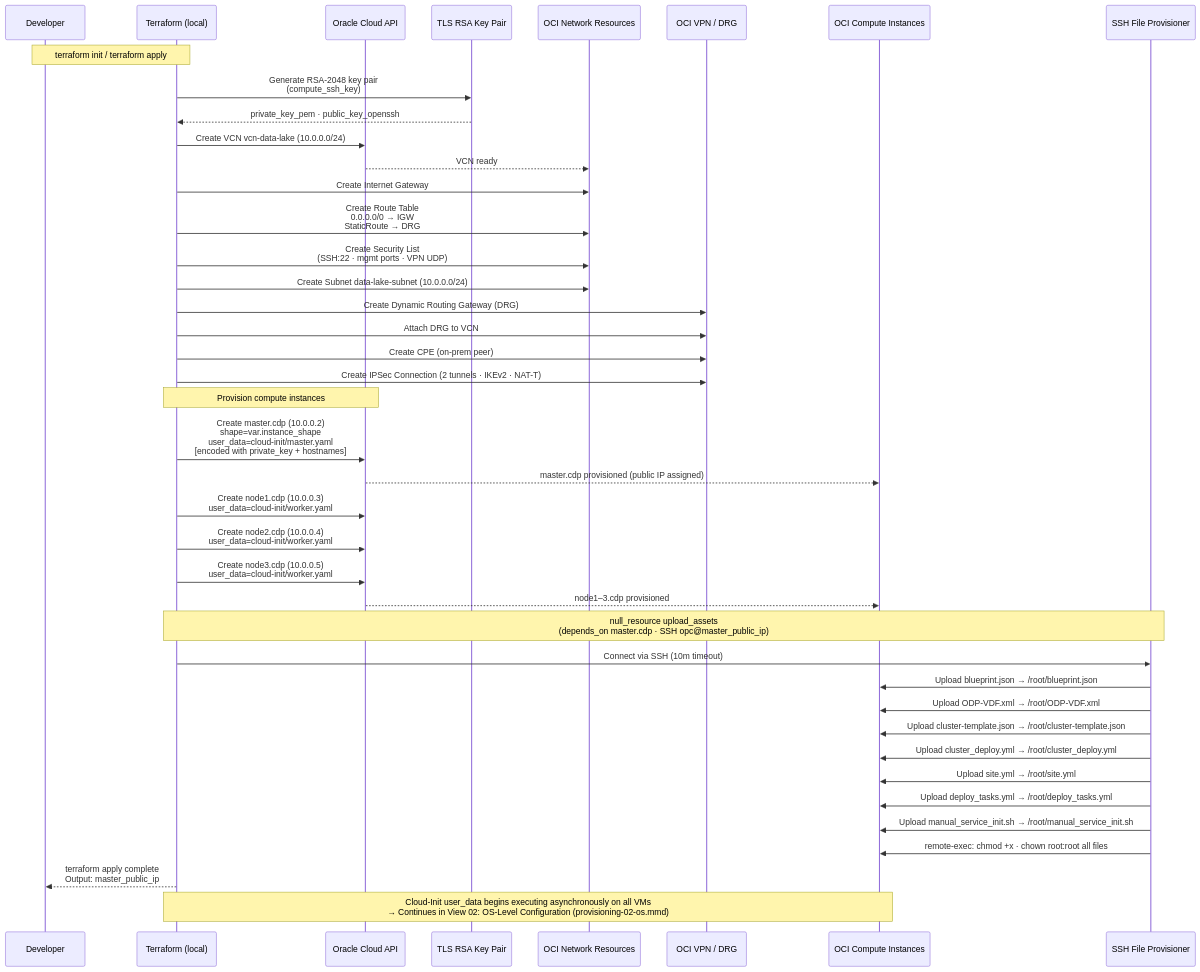
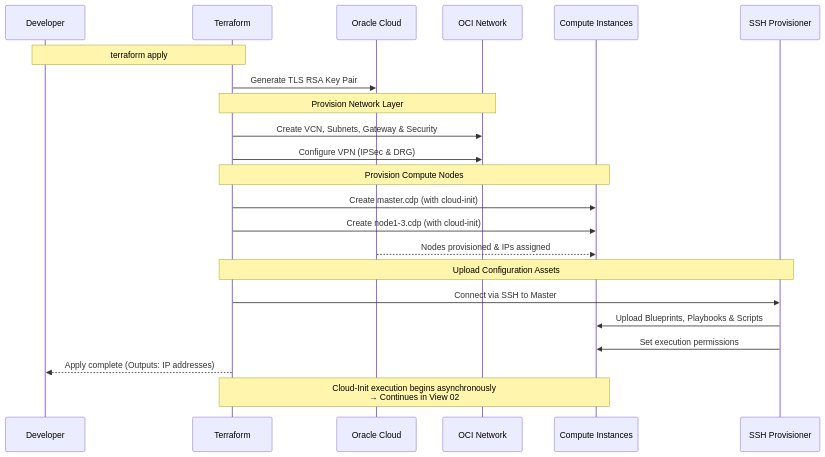
One commit to joaopfduarte/Article-CDP changed the diagram in content/assets/mermaid/provisioning-01-terraform.mmd. Above: the diagram before and after it, drawn with Mermaid. The commit also changed 8 other files, not shown here.

```diff
--- a/content/assets/mermaid/provisioning-01-terraform.mmd
+++ b/content/assets/mermaid/provisioning-01-terraform.mmd
@@ -1,56 +1,32 @@
 sequenceDiagram
     %% View 01 — Terraform Execution
     %% Continues in: View 02 — OS-Level Configuration (provisioning-02-os.mmd)
 
-    participant Dev  as Developer
-    participant TF   as Terraform (local)
-    participant OCI  as Oracle Cloud API
-    participant RSA  as TLS RSA Key Pair
-    participant Net  as OCI Network Resources
-    participant VPN  as OCI VPN / DRG
-    participant VMs  as OCI Compute Instances
-    participant SSH  as SSH File Provisioner
+    participant Dev as Developer
+    participant TF as Terraform
+    participant OCI as Oracle Cloud
+    participant Net as OCI Network
+    participant VMs as Compute Instances
+    participant SSH as SSH Provisioner
 
-    Note over Dev,TF: terraform init / terraform apply
+    Note over Dev,TF: terraform apply
 
-    TF->>RSA: Generate RSA-2048 key pair<br/>(compute_ssh_key)
-    RSA-->>TF: private_key_pem · public_key_openssh
+    TF->>OCI: Generate TLS RSA Key Pair
+    
+    Note over TF,Net: Provision Network Layer
+    TF->>Net: Create VCN, Subnets, Gateway & Security
+    TF->>Net: Configure VPN (IPSec & DRG)
+    
+    Note over TF,VMs: Provision Compute Nodes
+    TF->>VMs: Create master.cdp (with cloud-init)
+    TF->>VMs: Create node1-3.cdp (with cloud-init)
+    OCI-->>VMs: Nodes provisioned & IPs assigned
 
-    TF->>OCI: Create VCN vcn-data-lake (10.0.0.0/24)
-    OCI-->>Net: VCN ready
+    Note over TF,SSH: Upload Configuration Assets
+    TF->>SSH: Connect via SSH to Master
+    SSH->>VMs: Upload Blueprints, Playbooks & Scripts
+    SSH->>VMs: Set execution permissions
 
-    TF->>Net: Create Internet Gateway
-    TF->>Net: Create Route Table<br/>0.0.0.0/0 → IGW<br/>StaticRoute → DRG
-    TF->>Net: Create Security List<br/>(SSH:22 · mgmt ports · VPN UDP)
-    TF->>Net: Create Subnet data-lake-subnet (10.0.0.0/24)
+    TF-->>Dev: Apply complete (Outputs: IP addresses)
 
-    TF->>VPN: Create Dynamic Routing Gateway (DRG)
-    TF->>VPN: Attach DRG to VCN
-    TF->>VPN: Create CPE (on-prem peer)
-    TF->>VPN: Create IPSec Connection (2 tunnels · IKEv2 · NAT-T)
-
-    Note over TF,OCI: Provision compute instances
-
-    TF->>OCI: Create master.cdp (10.0.0.2)<br/>shape=var.instance_shape<br/>user_data=cloud-init/master.yaml<br/>[encoded with private_key + hostnames]
-    OCI-->>VMs: master.cdp provisioned (public IP assigned)
-
-    TF->>OCI: Create node1.cdp (10.0.0.3)<br/>user_data=cloud-init/worker.yaml
-    TF->>OCI: Create node2.cdp (10.0.0.4)<br/>user_data=cloud-init/worker.yaml
-    TF->>OCI: Create node3.cdp (10.0.0.5)<br/>user_data=cloud-init/worker.yaml
-    OCI-->>VMs: node1–3.cdp provisioned
-
-    Note over TF,SSH: null_resource upload_assets<br/>(depends_on master.cdp · SSH opc@master_public_ip)
-
-    TF->>SSH: Connect via SSH (10m timeout)
-    SSH->>VMs: Upload blueprint.json        → /root/blueprint.json
-    SSH->>VMs: Upload ODP-VDF.xml           → /root/ODP-VDF.xml
-    SSH->>VMs: Upload cluster-template.json → /root/cluster-template.json
-    SSH->>VMs: Upload cluster_deploy.yml    → /root/cluster_deploy.yml
-    SSH->>VMs: Upload site.yml              → /root/site.yml
-    SSH->>VMs: Upload deploy_tasks.yml      → /root/deploy_tasks.yml
-    SSH->>VMs: Upload manual_service_init.sh → /root/manual_service_init.sh
-    SSH->>VMs: remote-exec: chmod +x · chown root:root all files
-
-    TF-->>Dev: terraform apply complete<br/>Output: master_public_ip
-
-    Note over TF,VMs: Cloud-Init user_data begins executing asynchronously on all VMs<br/>→ Continues in View 02: OS-Level Configuration (provisioning-02-os.mmd)
+    Note over TF,VMs: Cloud-Init execution begins asynchronously<br/>→ Continues in View 02
```
